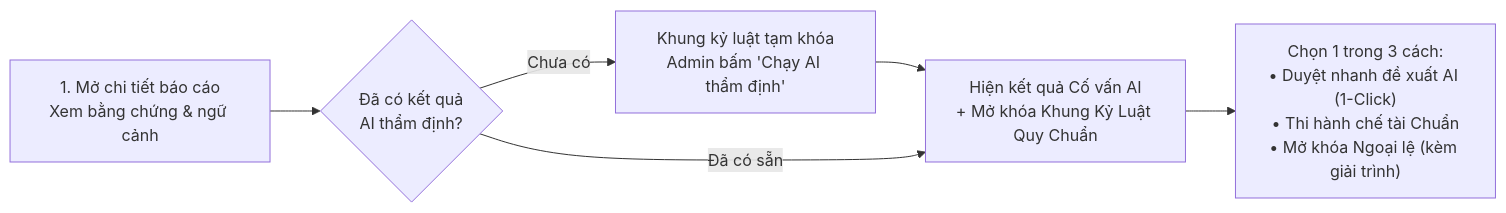
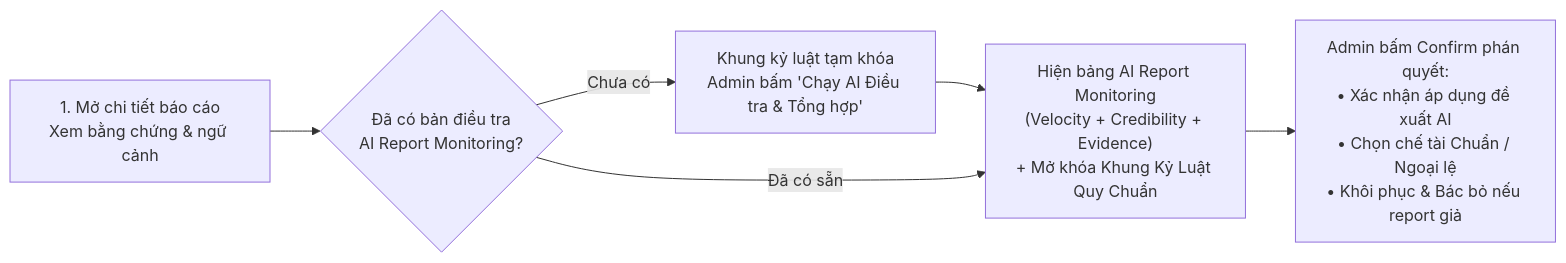
The second of 2 diagrams in docs/BUD50_SENTINEL_AI_MODERATION.md (BuddyLink-Team/Front-End), drawn with Mermaid before and after one commit. The commit also changed other lines of this file and 3 other files, not shown here.

````diff
--- a/docs/BUD50_SENTINEL_AI_MODERATION.md
+++ b/docs/BUD50_SENTINEL_AI_MODERATION.md
@@ -81,8 +80,8 @@
 ```mermaid
 flowchart LR
-    S1["1. Mở chi tiết báo cáo<br/>Xem bằng chứng & ngữ cảnh"] --> S2{"Đã có kết quả<br/>AI thẩm định?"}
-    S2 -- "Chưa có" --> S3["Khung kỷ luật tạm khóa<br/>Admin bấm 'Chạy AI thẩm định'"]
-    S3 --> S4["Hiện kết quả Cố vấn AI<br/>+ Mở khóa Khung Kỷ Luật Quy Chuẩn"]
+    S1["1. Mở chi tiết báo cáo<br/>Xem bằng chứng & ngữ cảnh"] --> S2{"Đã có bản điều tra<br/>AI Report Monitoring?"}
+    S2 -- "Chưa có" --> S3["Khung kỷ luật tạm khóa<br/>Admin bấm 'Chạy AI Điều tra & Tổng hợp'"]
+    S3 --> S4["Hiện bảng AI Report Monitoring<br/>(Velocity + Credibility + Evidence)<br/>+ Mở khóa Khung Kỷ Luật Quy Chuẩn"]
     S2 -- "Đã có sẵn" --> S4
-    S4 --> S5["Chọn 1 trong 3 cách:<br/>• Duyệt nhanh đề xuất AI (1-Click)<br/>• Thi hành chế tài Chuẩn<br/>• Mở khóa Ngoại lệ (kèm giải trình)"]
+    S4 --> S5["Admin bấm Confirm phán quyết:<br/>• Xác nhận áp dụng đề xuất AI<br/>• Chọn chế tài Chuẩn / Ngoại lệ<br/>• Khôi phục & Bác bỏ nếu report giả"]
 ```
````
